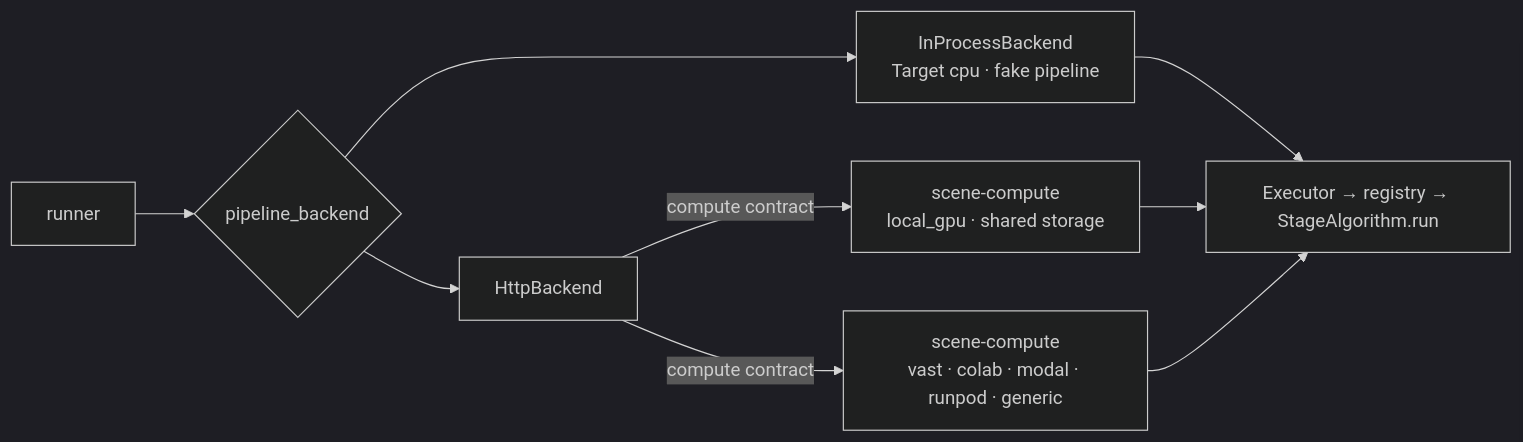
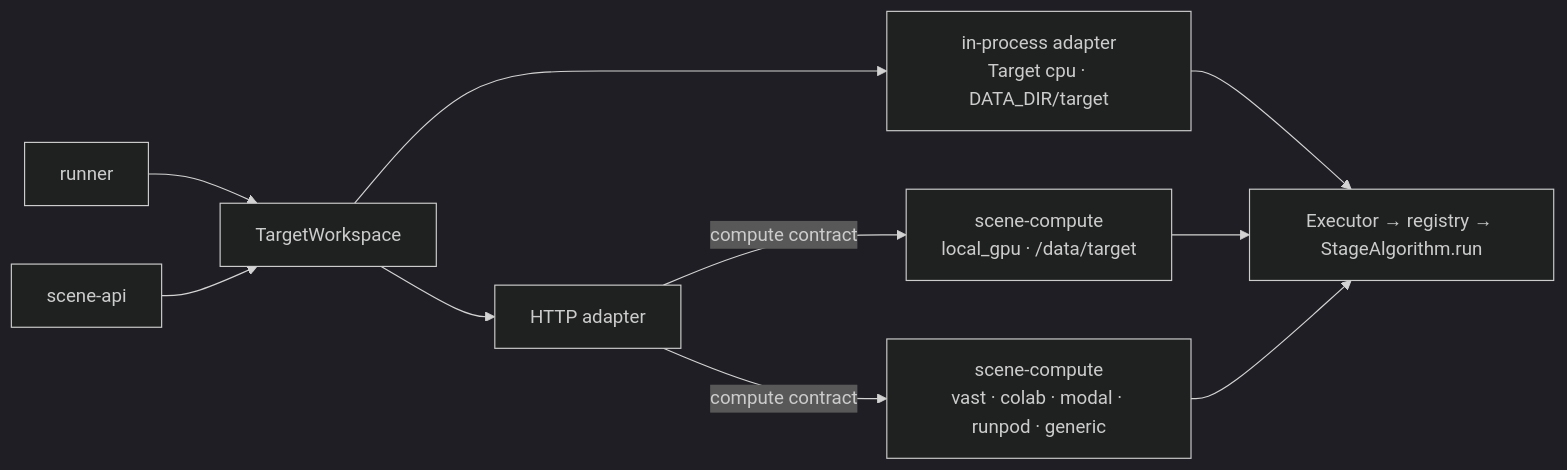
Before and after one commit to luatducvo/3D-scene: the diagram in docs/architecture/compute.md, drawn with Mermaid (dark theme). The commit also changed other lines of this file and 103 other files, not shown here.

First line of the commit message:
refactor: deepen Scene results, state, Target and progress modules

````diff
--- a/docs/architecture/compute.md
+++ b/docs/architecture/compute.md
@@ -14,9 +14,10 @@
 ```mermaid
 flowchart LR
-  R[runner] --> PB{pipeline_backend}
-  PB --> IP[InProcessBackend<br/>Target cpu · fake pipeline]
-  PB --> HB[HttpBackend]
-  HB -->|compute contract| L[scene-compute<br/>local_gpu · shared storage]
+  R[runner] --> TW[TargetWorkspace]
+  A[scene-api] --> TW
+  TW --> IP[in-process adapter<br/>Target cpu · DATA_DIR/target]
+  TW --> HB[HTTP adapter]
+  HB -->|compute contract| L[scene-compute<br/>local_gpu · /data/target]
   HB -->|compute contract| V[scene-compute<br/>vast · colab · modal · runpod · generic]
   IP & L & V --> EX[Executor → registry → StageAlgorithm.run]
 ```
````
